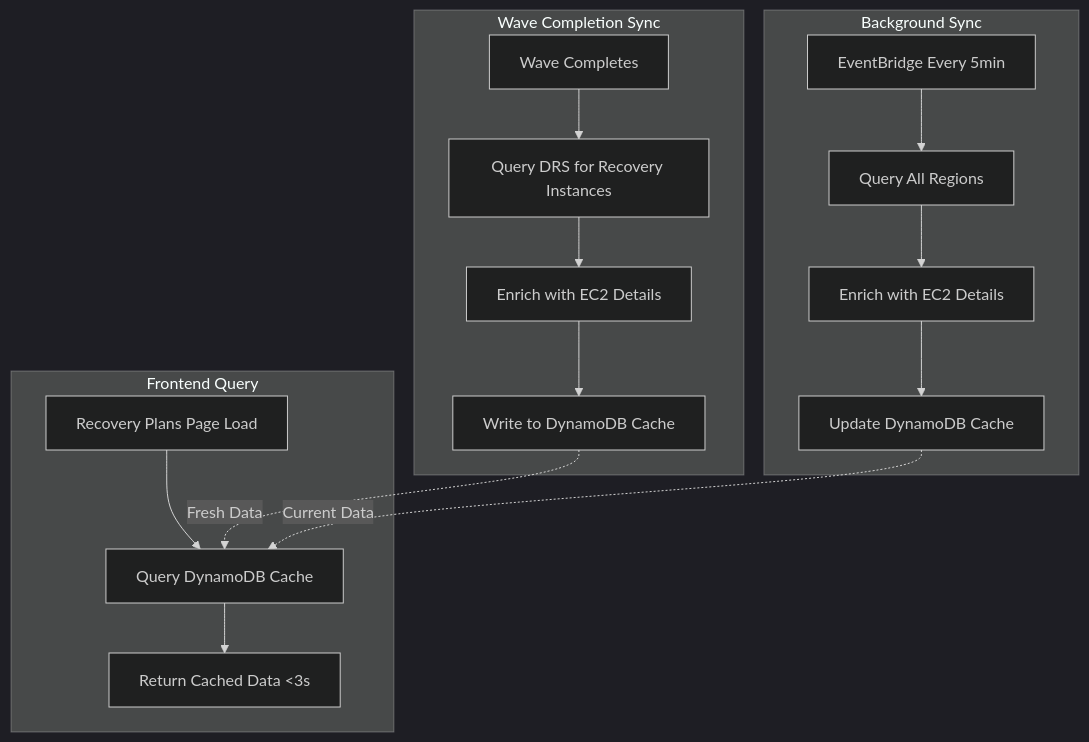
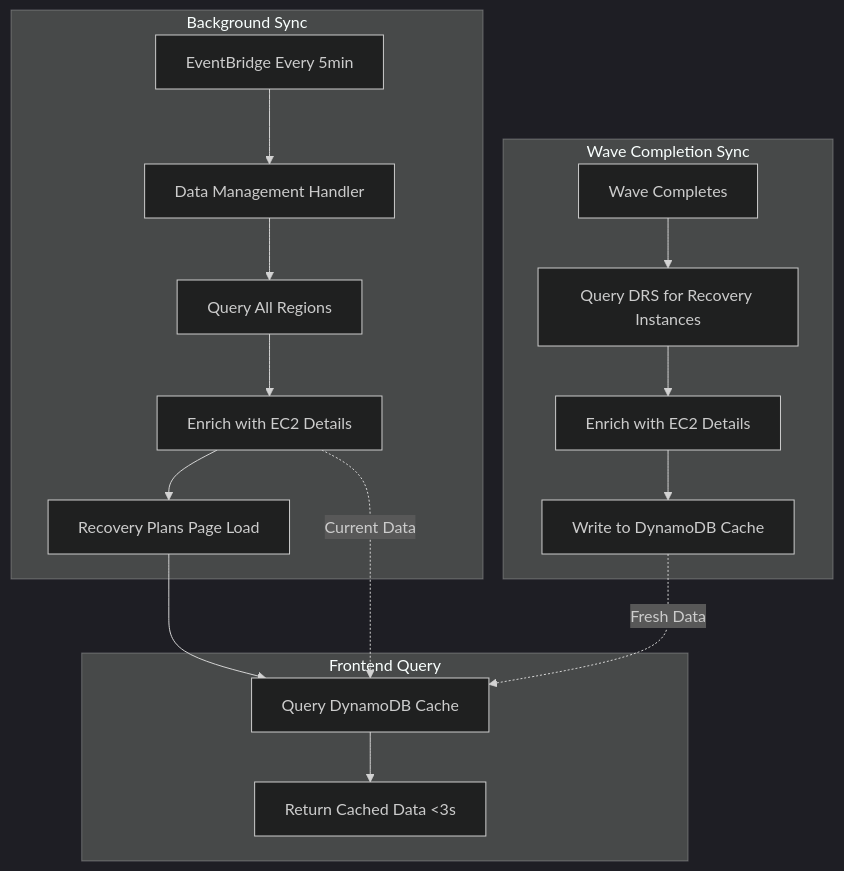
Before and after one commit to johnjcousens/aws-elasticdrs-orchestrator: the first of 2 diagrams in .kiro/specs/recovery-instance-sync/design.md, drawn with Mermaid (dark theme). The commit also changed other lines of this file and 10 other files, not shown here.

First line of the commit message:
docs: add query handler read-only audit and recovery instance sync specs

````diff
--- a/.kiro/specs/recovery-instance-sync/design.md
+++ b/.kiro/specs/recovery-instance-sync/design.md
@@ -37,22 +37,23 @@
 ```mermaid
 flowchart TB
     subgraph "Wave Completion Sync"
         A[Wave Completes] --> B[Query DRS for Recovery Instances]
         B --> C[Enrich with EC2 Details]
         C --> D[Write to DynamoDB Cache]
     end
     
     subgraph "Background Sync"
-        E[EventBridge Every 5min] --> F[Query All Regions]
-        F --> G[Enrich with EC2 Details]
-        G --> H[Update DynamoDB Cache]
+        E[EventBridge Every 5min] --> F[Data Management Handler]
+        F --> G[Query All Regions]
+        G --> H[Enrich with EC2 Details]
+        H --> I[Update DynamoDB Cache]
     end
     
     subgraph "Frontend Query"
         I[Recovery Plans Page Load] --> J[Query DynamoDB Cache]
         J --> K[Return Cached Data <3s]
     end
     
     D -.->|Fresh Data| J
     H -.->|Current Data| J
 ```
````
